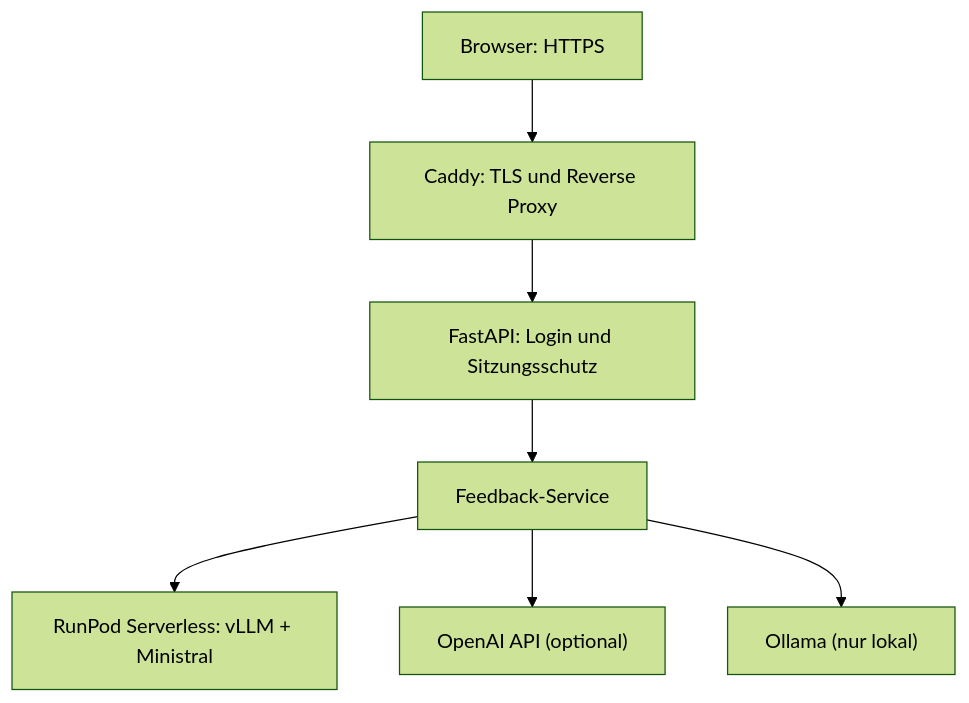
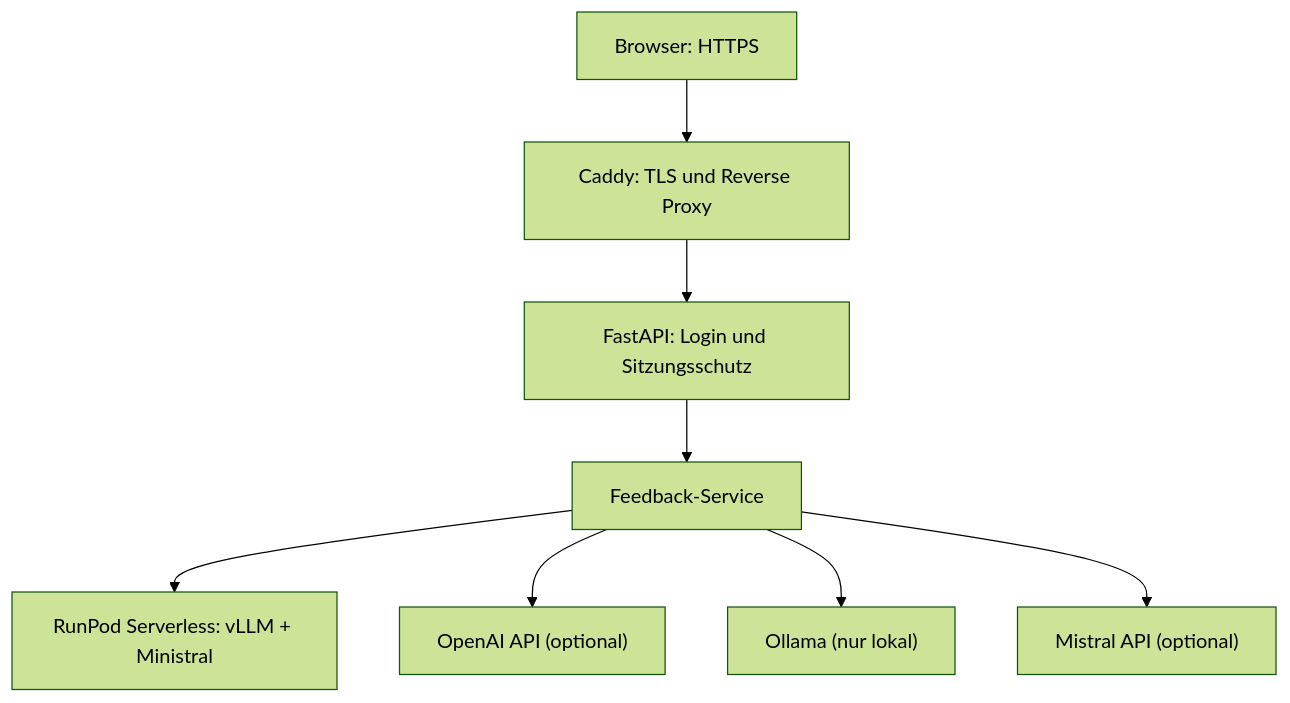
The diagram in README.md (David90dotcom/ki-schreibfeedback-prototyp), drawn with Mermaid (forest theme) before and after one commit. The commit also changed other lines of this file and 11 other files, not shown here.

Commit message:
feat(mistral): Cloud-API additiv integrieren

````diff
--- a/README.md
+++ b/README.md
@@ -21,9 +21,10 @@
 ```mermaid
 flowchart TD
     A["Browser: HTTPS"] --> B["Caddy: TLS und Reverse Proxy"]
     B --> C["FastAPI: Login und Sitzungsschutz"]
     C --> D["Feedback-Service"]
     D --> E["RunPod Serverless: vLLM + Ministral"]
     D --> F["OpenAI API (optional)"]
     D --> G["Ollama (nur lokal)"]
+    D --> H["Mistral API (optional)"]
 ```
````
